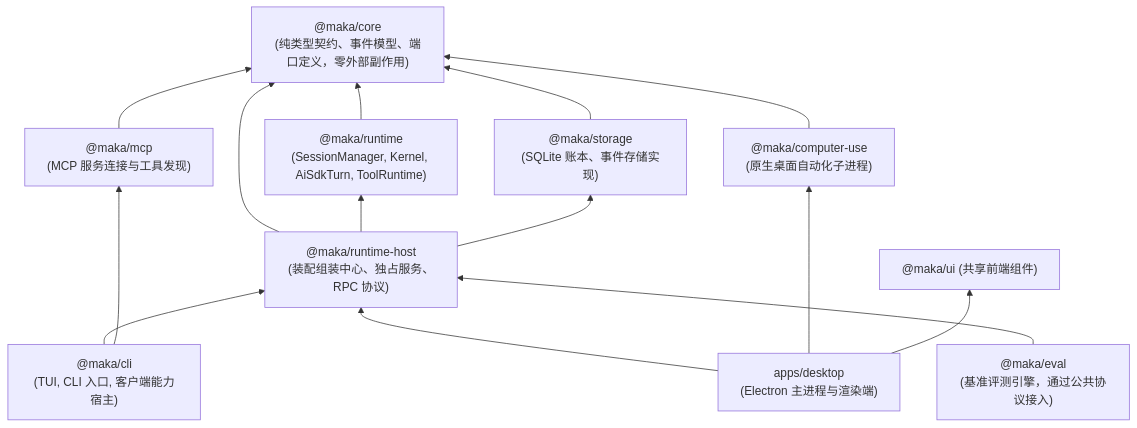
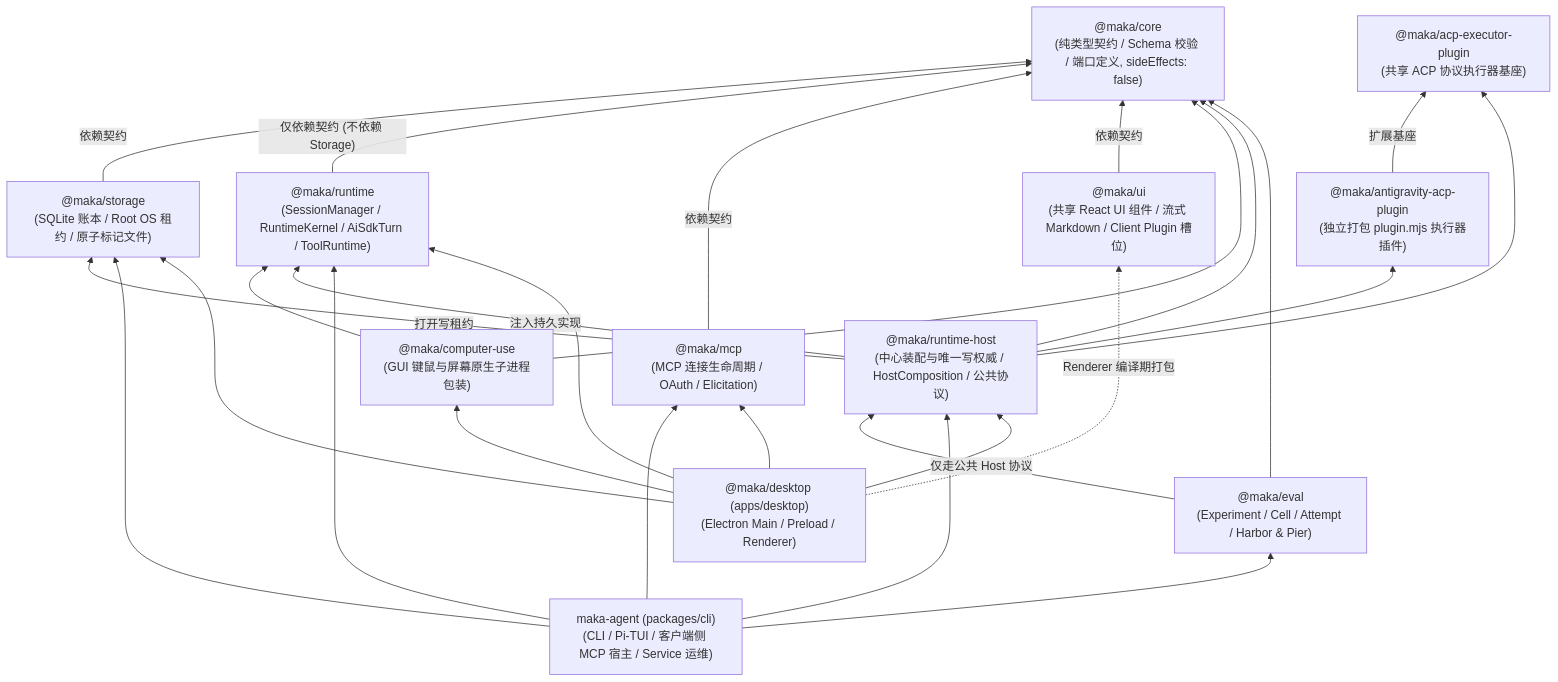
Before and after one commit to suger-m/agent-infrastructure-docs: the first of 3 diagrams in maka-agent-infra/00-foundations/repository-map.md, drawn with Mermaid. The commit also changed other lines of this file and 31 other files, not shown here.

Commit message:
docs: expand and split maka-agent-infra TS edition (32 chapters, 725KB)

````diff
--- a/maka-agent-infra/00-foundations/repository-map.md
+++ b/maka-agent-infra/00-foundations/repository-map.md
@@ -15,22 +17,36 @@
 ```mermaid
 flowchart BT
-    Core["@maka/core<br/>(纯类型契约、事件模型、端口定义，零外部副作用)"]
-    
-    Storage["@maka/storage<br/>(SQLite 账本、事件存储实现)"] --> Core
-    MCP["@maka/mcp<br/>(MCP 服务连接与工具发现)"] --> Core
-    CU["@maka/computer-use<br/>(原生桌面自动化子进程)"] --> Core
-    
-    Runtime["@maka/runtime<br/>(SessionManager, Kernel, AiSdkTurn, ToolRuntime)"] --> Core
-    
-    Host["@maka/runtime-host<br/>(装配组装中心、独占服务、RPC 协议)"] --> Core
-    Host --> Runtime
-    Host --> Storage
-    
-    CLI["@maka/cli<br/>(TUI, CLI 入口, 客户端能力宿主)"] --> Host
+    Core["@maka/core<br/>(纯类型契约 / Schema 校验 / 端口定义, sideEffects: false)"]
+    AcpBase["@maka/acp-executor-plugin<br/>(共享 ACP 协议执行器基座)"]
+
+    Storage["@maka/storage<br/>(SQLite 账本 / Root OS 租约 / 原子标记文件)"] -->|"依赖契约"| Core
+    Runtime["@maka/runtime<br/>(SessionManager / RuntimeKernel / AiSdkTurn / ToolRuntime)"] -->|"仅依赖契约 (不依赖 Storage)"| Core
+    MCP["@maka/mcp<br/>(MCP 连接生命周期 / OAuth / Elicitation)"] -->|"依赖契约"| Core
+    UI["@maka/ui<br/>(共享 React UI 组件 / 流式 Markdown / Client Plugin 槽位)"] -->|"依赖契约"| Core
+    Antigravity["@maka/antigravity-acp-plugin<br/>(独立打包 plugin.mjs 执行器插件)"] -->|"扩展基座"| AcpBase
+
+    CU["@maka/computer-use<br/>(GUI 键鼠与屏幕原生子进程包装)"] --> Core
+    CU --> Runtime
+
+    Host["@maka/runtime-host<br/>(中心装配与唯一写权威 / HostComposition / 公共协议)"] --> Core
+    Host -->|"注入持久实现"| Runtime
+    Host -->|"打开写租约"| Storage
+    Host --> AcpBase
+    Host --> Antigravity
+
+    Eval["@maka/eval<br/>(Experiment / Cell / Attempt / Harbor & Pier)"] -->|"仅走公共 Host 协议"| Host
+    Eval --> Core
+
+    CLI["maka-agent (packages/cli)<br/>(CLI / Pi-TUI / 客户端侧 MCP 宿主 / Service 运维)"] --> Host
+    CLI --> Runtime
+    CLI --> Storage
     CLI --> MCP
-    Desktop["apps/desktop<br/>(Electron 主进程与渲染端)"] --> Host
+    CLI --> Eval
+
+    Desktop["@maka/desktop (apps/desktop)<br/>(Electron Main / Preload / Renderer)"] --> Host
+    Desktop --> Runtime
+    Desktop --> Storage
+    Desktop --> MCP
     Desktop --> CU
-    Desktop --> UI["@maka/ui (共享前端组件)"]
-    
-    Eval["@maka/eval<br/>(基准评测引擎，通过公共协议接入)"] --> Host
+    Desktop -.->|"Renderer 编译期打包"| UI
 ```
````
